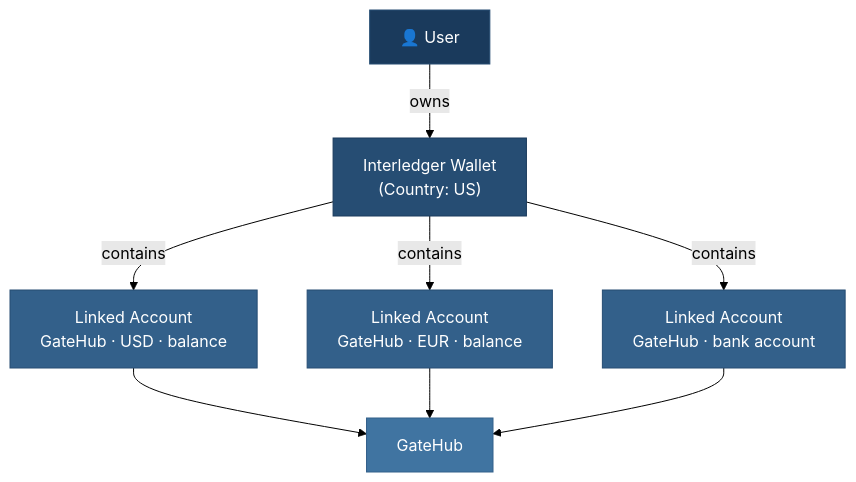
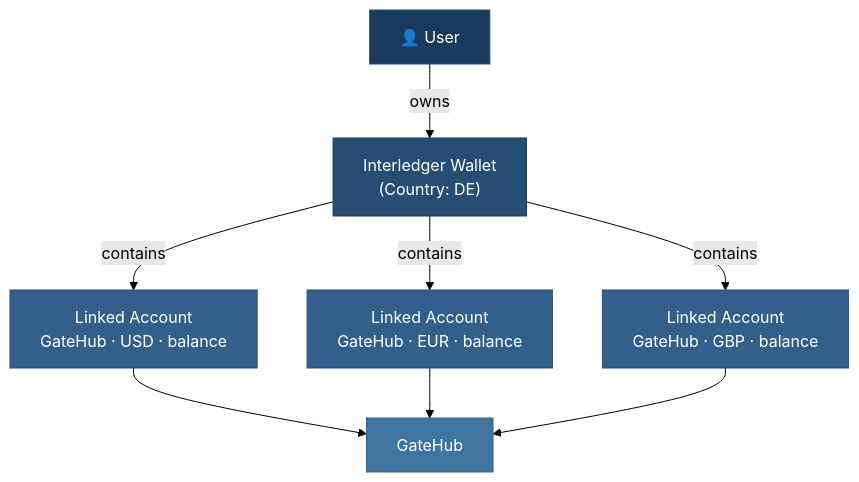
One commit to interledger/interledger-app changed the diagram in documentation/docs/terminology.md. Above: the diagram before and after it, drawn with Mermaid (forest theme). The commit also changed other lines of this file and 8 other files, not shown here.

````diff
--- a/documentation/docs/terminology.md
+++ b/documentation/docs/terminology.md
@@ -33,25 +33,25 @@
 ```mermaid
 graph TD
     User["👤 User"]
-    Wallet["Interledger Wallet<br/>(Country: US)"]
+    Wallet["Interledger Wallet<br/>(Country: DE)"]
 
     User -->|owns| Wallet
 
     Wallet -->|contains| LA1["Linked Account<br/>GateHub · USD · balance"]
     Wallet -->|contains| LA2["Linked Account<br/>GateHub · EUR · balance"]
-    Wallet -->|contains| LA3["Linked Account<br/>GateHub · bank account"]
+    Wallet -->|contains| LA3["Linked Account<br/>GateHub · GBP · balance"]
 
     LA1 --> Provider1["GateHub"]
     LA2 --> Provider1
     LA3 --> Provider1
 
     classDef user fill:#1a3a5c,stroke:#264d73,color:#ffffff
     classDef wallet fill:#264d73,stroke:#1a3a5c,color:#ffffff
     classDef la fill:#33608a,stroke:#264d73,color:#ffffff
     classDef provider fill:#4074a1,stroke:#33608a,color:#ffffff
 
     class User user
     class Wallet wallet
     class LA1,LA2,LA3 la
     class Provider1 provider
 ```
````
